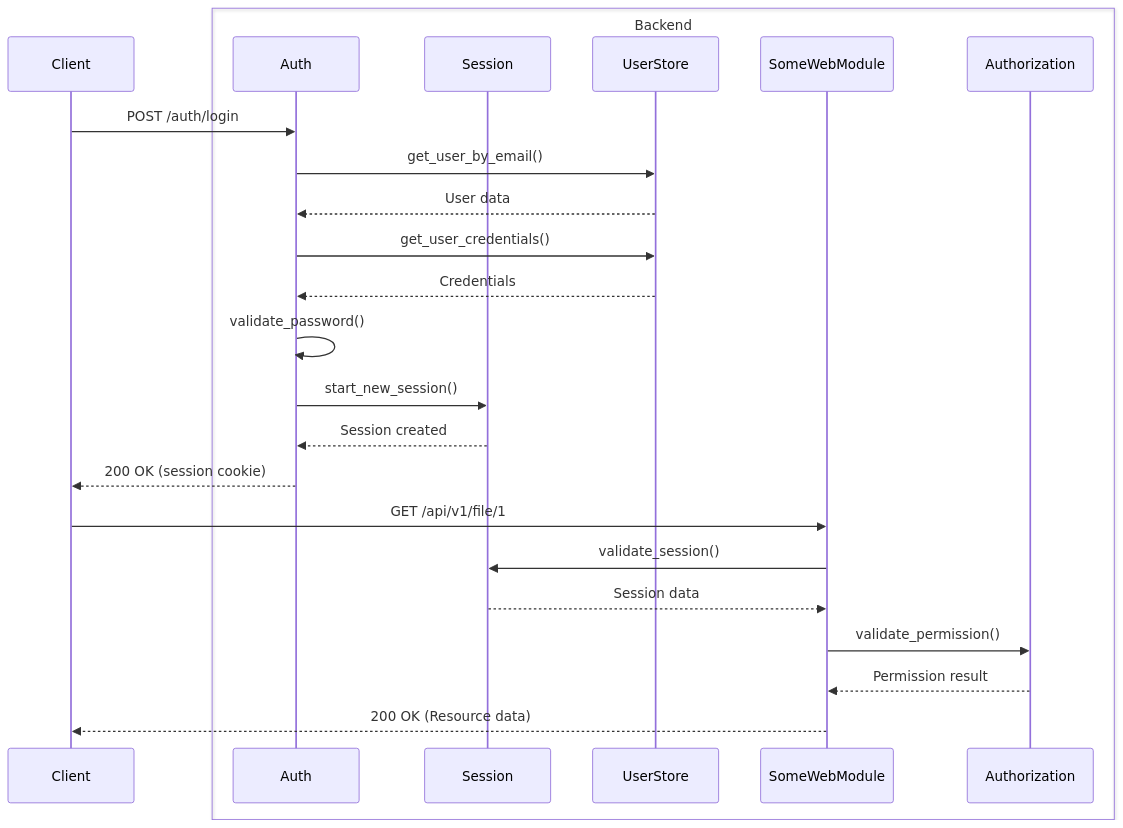
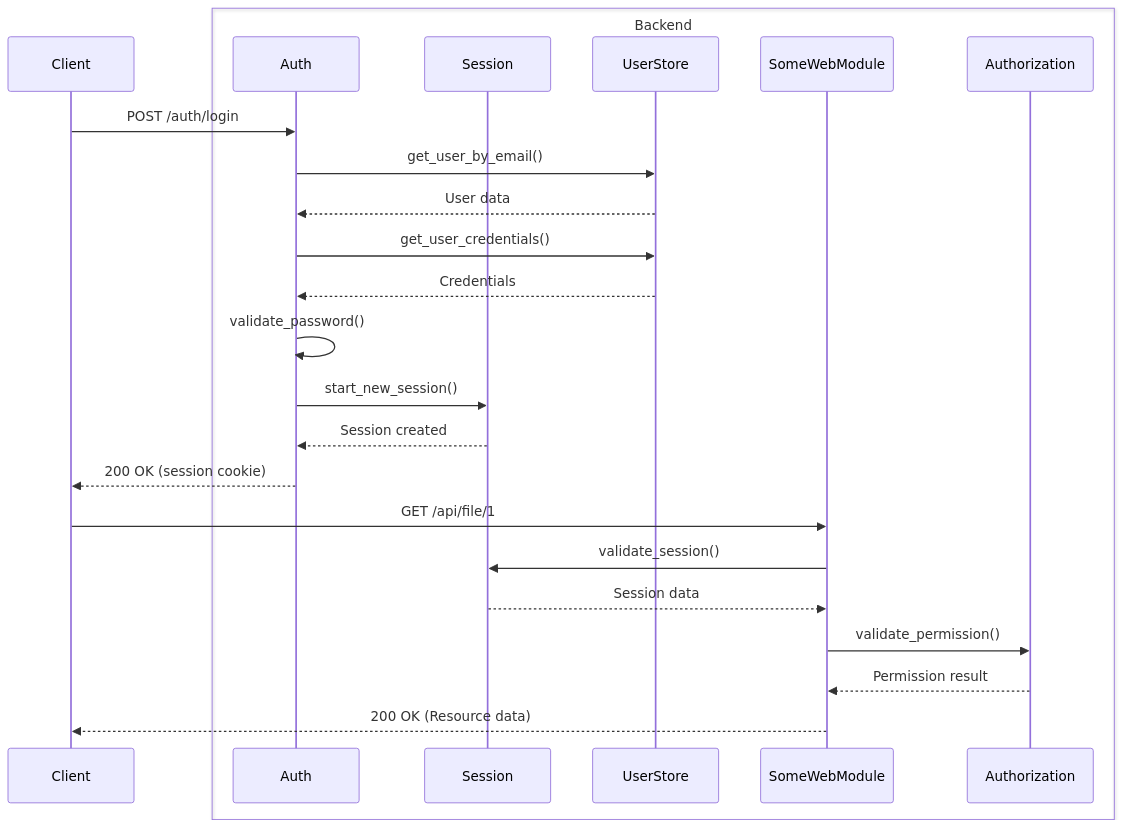
The second of 2 diagrams in backend/docs/architecture/auth.md (modAI-systems/modAI-chat), drawn with Mermaid before and after one commit. The commit also changed other lines of this file and 21 other files, not shown here.

````diff
--- a/backend/docs/architecture/auth.md
+++ b/backend/docs/architecture/auth.md
@@ -335,28 +335,28 @@
 ```mermaid
 sequenceDiagram
     participant Client
 
     box Backend
     participant Auth
     participant Session
     participant UserStore
     participant SomeWebModule
     participant Authorization
     end
 
     Client->>Auth: POST /auth/login
     Auth->>UserStore: get_user_by_email()
     UserStore-->>Auth: User data
     Auth->>UserStore: get_user_credentials()
     UserStore-->>Auth: Credentials
     Auth->>Auth: validate_password()
     Auth->>Session: start_new_session()
     Session-->>Auth: Session created
     Auth-->>Client: 200 OK (session cookie)
-    Client->>SomeWebModule: GET /api/v1/file/1
+    Client->>SomeWebModule: GET /api/file/1
     SomeWebModule->>Session: validate_session()
     Session-->>SomeWebModule: Session data
     SomeWebModule->>Authorization: validate_permission()
     Authorization-->>SomeWebModule: Permission result
     SomeWebModule-->>Client: 200 OK (Resource data)
 ```
````
